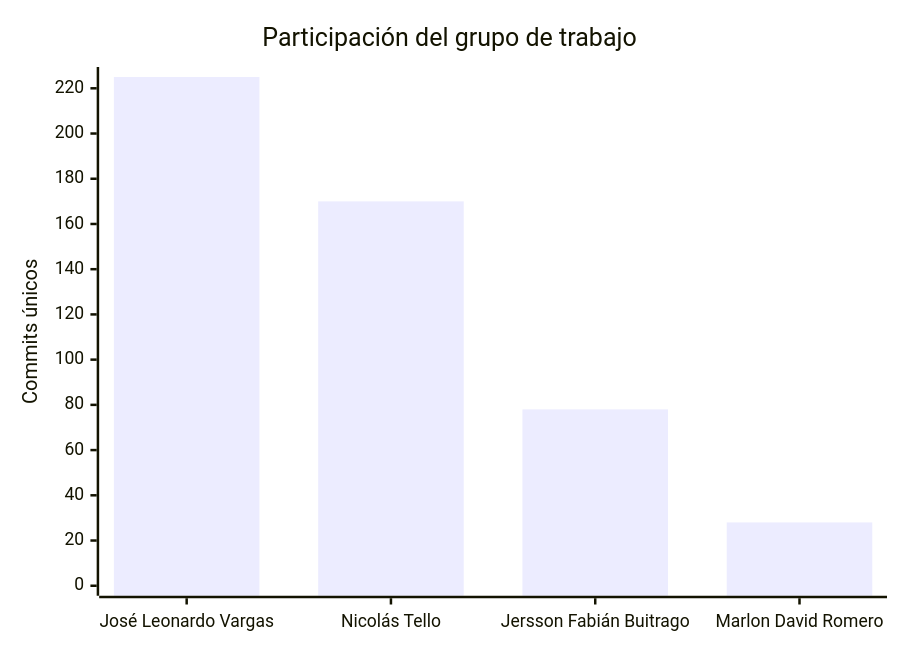
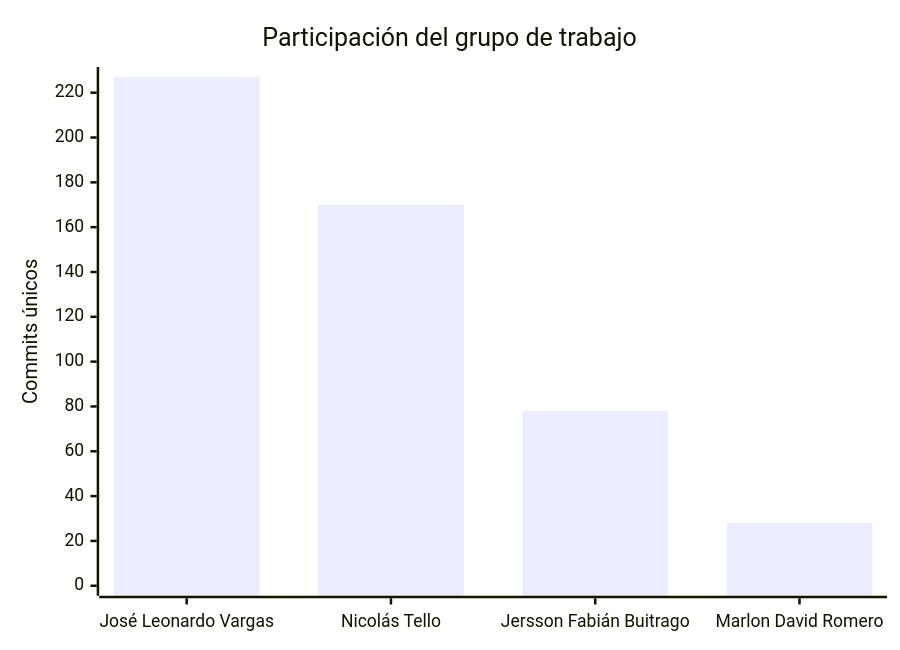
One commit to FarmaExpres/FarmaExpres changed the second of 2 diagrams in README.md. Above: the diagram before and after it, drawn with Mermaid. The commit also changed other lines of this file and 1 other file, not shown here.

````diff
--- a/README.md
+++ b/README.md
@@ -401,7 +401,7 @@
 ```mermaid
 xychart-beta
     title "Participación del grupo de trabajo"
     x-axis ["José Leonardo Vargas", "Nicolás Tello", "Jersson Fabián Buitrago", "Marlon David Romero"]
-    y-axis "Commits únicos" 0 --> 225
-    bar [225, 170, 78, 28]
+    y-axis "Commits únicos" 0 --> 227
+    bar [227, 170, 78, 28]
 ```
````
